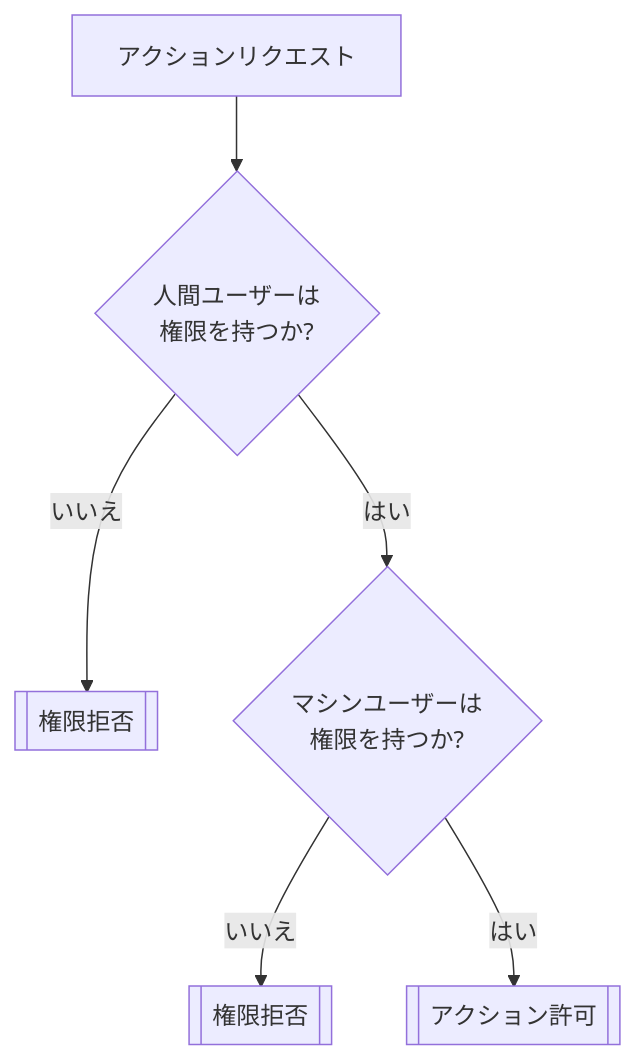
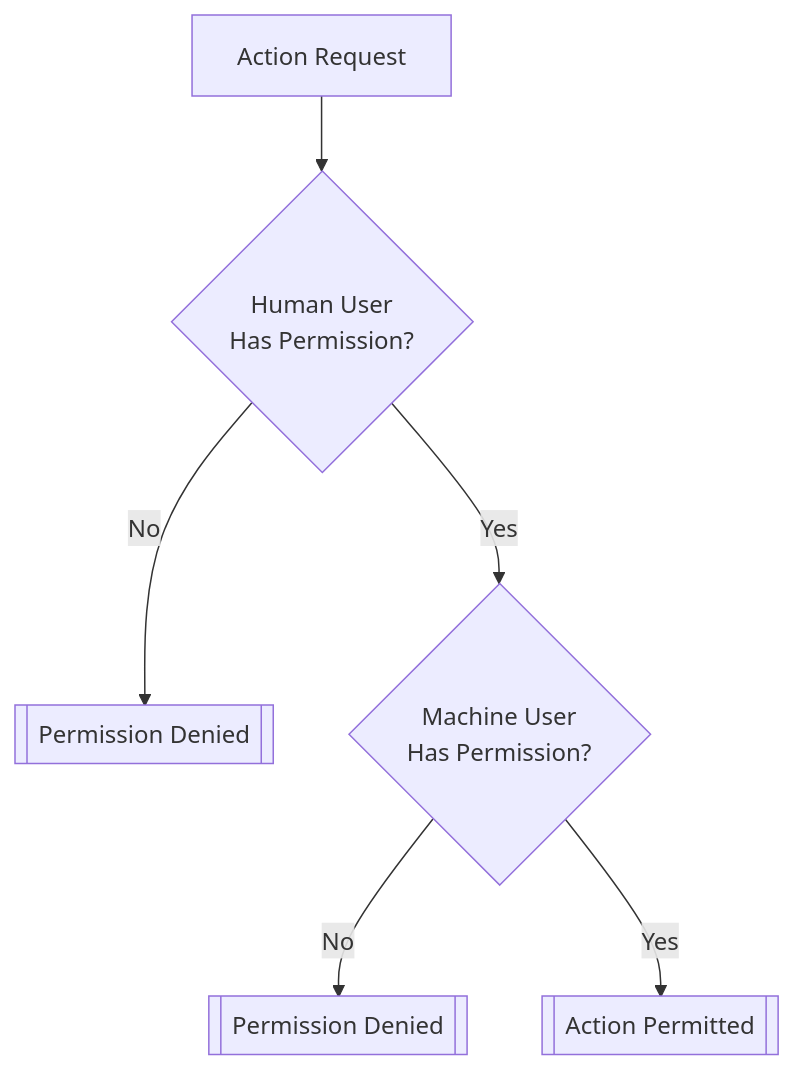
Before and after one commit to kyama0/gitlab-handbook-ja: the third of 7 diagrams in content/handbook/engineering/architecture/design-documents/duo_workflow/_index.md, drawn with Mermaid. The commit also changed other lines of this file and 3 other files, not shown here.

````diff
--- a/content/handbook/engineering/architecture/design-documents/duo_workflow/_index.md
+++ b/content/handbook/engineering/architecture/design-documents/duo_workflow/_index.md
@@ -387,8 +399,8 @@
 ```mermaid
 graph TB
-    A[アクションリクエスト] --> B{人間ユーザーは<br/>権限を持つか?}
-    B -->|いいえ| C[["権限拒否"]]
-    B -->|はい| D{マシンユーザーは<br/>権限を持つか?}
-    D -->|いいえ| E[["権限拒否"]]
-    D -->|はい| F[["アクション許可"]]
+    A[Action Request] --> B{Human User<br/>Has Permission?}
+    B -->|No| C[["Permission Denied"]]
+    B -->|Yes| D{Machine User<br/>Has Permission?}
+    D -->|No| E[["Permission Denied"]]
+    D -->|Yes| F[["Action Permitted"]]
 ```
````
